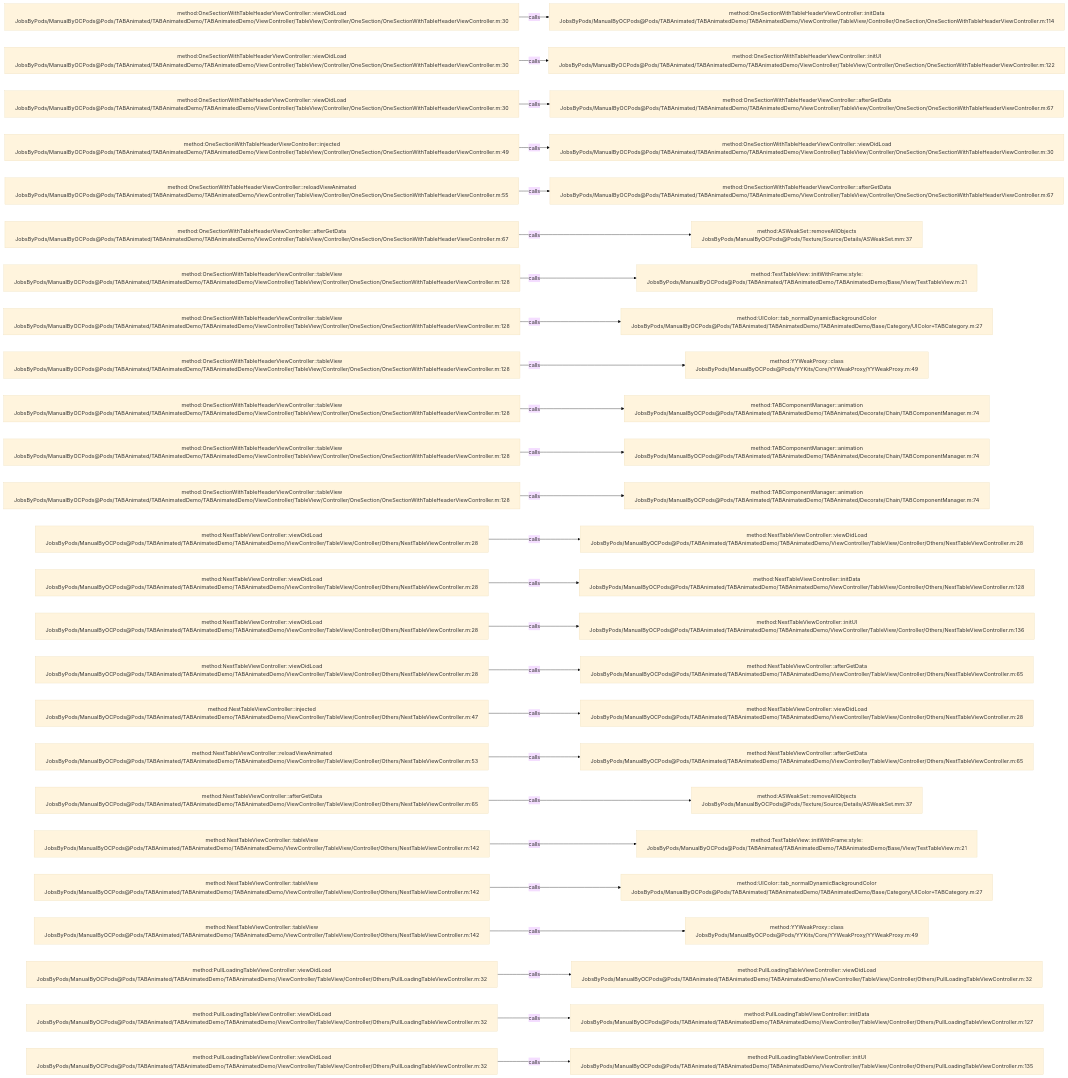
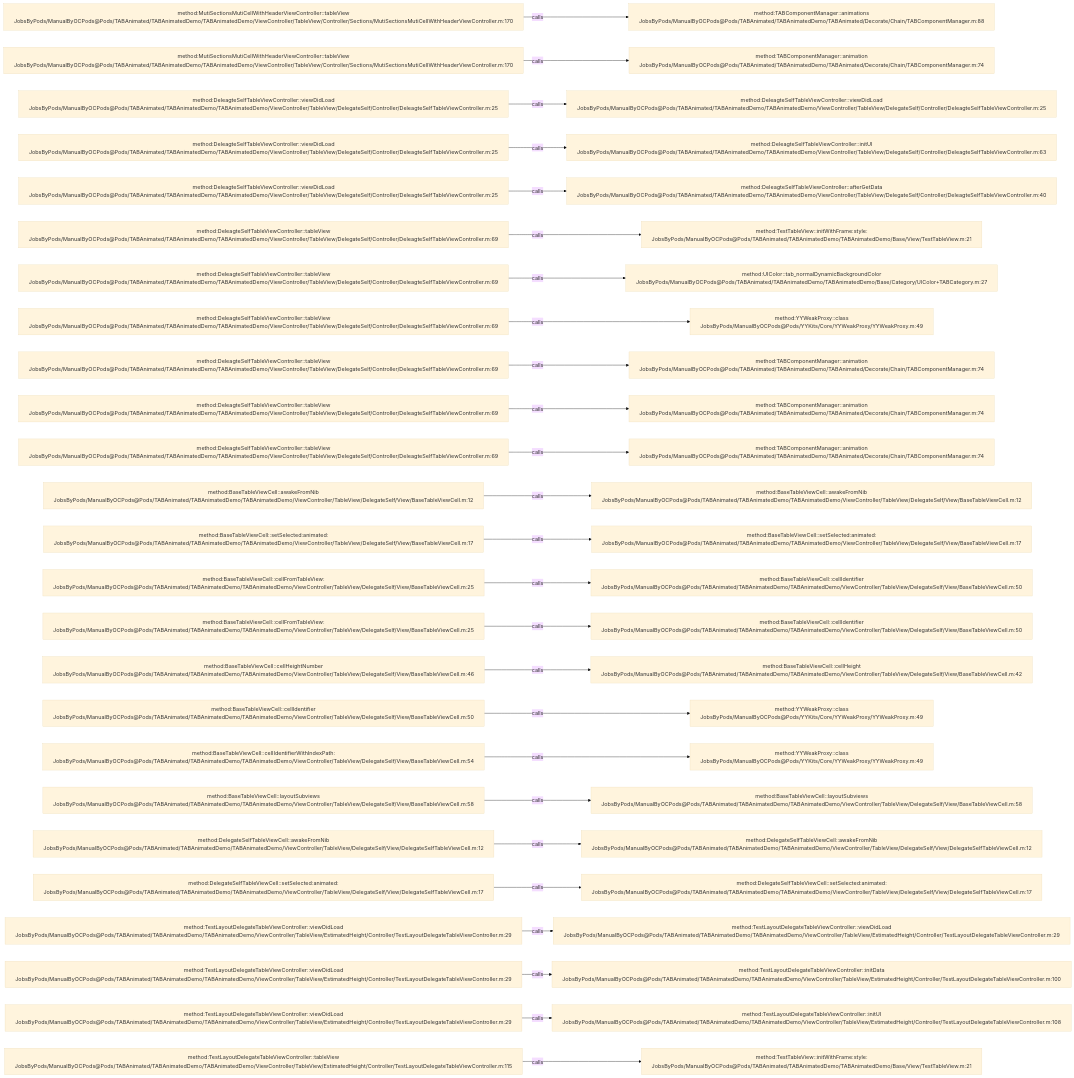
Before and after one commit to JobsKits/JobsOCBaseConfigDemo: the diagram in .codegraph/codegraph.md/graphs/calls-065.md, drawn with Mermaid (base theme). The commit also changed 1223 other files, not shown here.

````diff
--- a/.codegraph/codegraph.md/graphs/calls-065.md
+++ b/.codegraph/codegraph.md/graphs/calls-065.md
@@ -13,78 +13,78 @@
 ```mermaid
 flowchart LR
-  S1["method:OneSectionWithTableHeaderViewController::viewDidLoad<br/>JobsByPods/ManualByOCPods@Pods/TABAnimated/TABAnimatedDemo/TABAnimatedDemo/ViewController/TableView/Controller/OneSection/OneSectionWithTableHeaderViewController.m:30"]
-  T1["method:OneSectionWithTableHeaderViewController::initData<br/>JobsByPods/ManualByOCPods@Pods/TABAnimated/TABAnimatedDemo/TABAnimatedDemo/ViewController/TableView/Controller/OneSection/OneSectionWithTableHeaderViewController.m:114"]
+  S1["method:MutiSectionsMutiCellWithHeaderViewController::tableView<br/>JobsByPods/ManualByOCPods@Pods/TABAnimated/TABAnimatedDemo/TABAnimatedDemo/ViewController/TableView/Controller/Sections/MutiSectionsMutiCellWithHeaderViewController.m:170"]
+  T1["method:TABComponentManager::animations<br/>JobsByPods/ManualByOCPods@Pods/TABAnimated/TABAnimatedDemo/TABAnimated/Decorate/Chain/TABComponentManager.m:88"]
   S1 -->|calls| T1
-  S2["method:OneSectionWithTableHeaderViewController::viewDidLoad<br/>JobsByPods/ManualByOCPods@Pods/TABAnimated/TABAnimatedDemo/TABAnimatedDemo/ViewController/TableView/Controller/OneSection/OneSectionWithTableHeaderViewController.m:30"]
-  T2["method:OneSectionWithTableHeaderViewController::initUI<br/>JobsByPods/ManualByOCPods@Pods/TABAnimated/TABAnimatedDemo/TABAnimatedDemo/ViewController/TableView/Controller/OneSection/OneSectionWithTableHeaderViewController.m:122"]
+  S2["method:MutiSectionsMutiCellWithHeaderViewController::tableView<br/>JobsByPods/ManualByOCPods@Pods/TABAnimated/TABAnimatedDemo/TABAnimatedDemo/ViewController/TableView/Controller/Sections/MutiSectionsMutiCellWithHeaderViewController.m:170"]
+  T2["method:TABComponentManager::animation<br/>JobsByPods/ManualByOCPods@Pods/TABAnimated/TABAnimatedDemo/TABAnimated/Decorate/Chain/TABComponentManager.m:74"]
   S2 -->|calls| T2
-  S3["method:OneSectionWithTableHeaderViewController::viewDidLoad<br/>JobsByPods/ManualByOCPods@Pods/TABAnimated/TABAnimatedDemo/TABAnimatedDemo/ViewController/TableView/Controller/OneSection/OneSectionWithTableHeaderViewController.m:30"]
-  T3["method:OneSectionWithTableHeaderViewController::afterGetData<br/>JobsByPods/ManualByOCPods@Pods/TABAnimated/TABAnimatedDemo/TABAnimatedDemo/ViewController/TableView/Controller/OneSection/OneSectionWithTableHeaderViewController.m:67"]
+  S3["method:DeleagteSelfTableViewController::viewDidLoad<br/>JobsByPods/ManualByOCPods@Pods/TABAnimated/TABAnimatedDemo/TABAnimatedDemo/ViewController/TableView/DelegateSelf/Controller/DeleagteSelfTableViewController.m:25"]
+  T3["method:DeleagteSelfTableViewController::viewDidLoad<br/>JobsByPods/ManualByOCPods@Pods/TABAnimated/TABAnimatedDemo/TABAnimatedDemo/ViewController/TableView/DelegateSelf/Controller/DeleagteSelfTableViewController.m:25"]
   S3 -->|calls| T3
-  S4["method:OneSectionWithTableHeaderViewController::injected<br/>JobsByPods/ManualByOCPods@Pods/TABAnimated/TABAnimatedDemo/TABAnimatedDemo/ViewController/TableView/Controller/OneSection/OneSectionWithTableHeaderViewController.m:49"]
-  T4["method:OneSectionWithTableHeaderViewController::viewDidLoad<br/>JobsByPods/ManualByOCPods@Pods/TABAnimated/TABAnimatedDemo/TABAnimatedDemo/ViewController/TableView/Controller/OneSection/OneSectionWithTableHeaderViewController.m:30"]
+  S4["method:DeleagteSelfTableViewController::viewDidLoad<br/>JobsByPods/ManualByOCPods@Pods/TABAnimated/TABAnimatedDemo/TABAnimatedDemo/ViewController/TableView/DelegateSelf/Controller/DeleagteSelfTableViewController.m:25"]
+  T4["method:DeleagteSelfTableViewController::initUI<br/>JobsByPods/ManualByOCPods@Pods/TABAnimated/TABAnimatedDemo/TABAnimatedDemo/ViewController/TableView/DelegateSelf/Controller/DeleagteSelfTableViewController.m:63"]
   S4 -->|calls| T4
-  S5["method:OneSectionWithTableHeaderViewController::reloadViewAnimated<br/>JobsByPods/ManualByOCPods@Pods/TABAnimated/TABAnimatedDemo/TABAnimatedDemo/ViewController/TableView/Controller/OneSection/OneSectionWithTableHeaderViewController.m:55"]
-  T5["method:OneSectionWithTableHeaderViewController::afterGetData<br/>JobsByPods/ManualByOCPods@Pods/TABAnimated/TABAnimatedDemo/TABAnimatedDemo/ViewController/TableView/Controller/OneSection/OneSectionWithTableHeaderViewController.m:67"]
+  S5["method:DeleagteSelfTableViewController::viewDidLoad<br/>JobsByPods/ManualByOCPods@Pods/TABAnimated/TABAnimatedDemo/TABAnimatedDemo/ViewController/TableView/DelegateSelf/Controller/DeleagteSelfTableViewController.m:25"]
+  T5["method:DeleagteSelfTableViewController::afterGetData<br/>JobsByPods/ManualByOCPods@Pods/TABAnimated/TABAnimatedDemo/TABAnimatedDemo/ViewController/TableView/DelegateSelf/Controller/DeleagteSelfTableViewController.m:40"]
   S5 -->|calls| T5
-  S6["method:OneSectionWithTableHeaderViewController::afterGetData<br/>JobsByPods/ManualByOCPods@Pods/TABAnimated/TABAnimatedDemo/TABAnimatedDemo/ViewController/TableView/Controller/OneSection/OneSectionWithTableHeaderViewController.m:67"]
-  T6["method:ASWeakSet::removeAllObjects<br/>JobsByPods/ManualByOCPods@Pods/Texture/Source/Details/ASWeakSet.mm:37"]
+  S6["method:DeleagteSelfTableViewController::tableView<br/>JobsByPods/ManualByOCPods@Pods/TABAnimated/TABAnimatedDemo/TABAnimatedDemo/ViewController/TableView/DelegateSelf/Controller/DeleagteSelfTableViewController.m:69"]
+  T6["method:TestTableView::initWithFrame:style:<br/>JobsByPods/ManualByOCPods@Pods/TABAnimated/TABAnimatedDemo/TABAnimatedDemo/Base/View/TestTableView.m:21"]
   S6 -->|calls| T6
-  S7["method:OneSectionWithTableHeaderViewController::tableView<br/>JobsByPods/ManualByOCPods@Pods/TABAnimated/TABAnimatedDemo/TABAnimatedDemo/ViewController/TableView/Controller/OneSection/OneSectionWithTableHeaderViewController.m:128"]
-  T7["method:TestTableView::initWithFrame:style:<br/>JobsByPods/ManualByOCPods@Pods/TABAnimated/TABAnimatedDemo/TABAnimatedDemo/Base/View/TestTableView.m:21"]
+  S7["method:DeleagteSelfTableViewController::tableView<br/>JobsByPods/ManualByOCPods@Pods/TABAnimated/TABAnimatedDemo/TABAnimatedDemo/ViewController/TableView/DelegateSelf/Controller/DeleagteSelfTableViewController.m:69"]
+  T7["method:UIColor::tab_normalDynamicBackgroundColor<br/>JobsByPods/ManualByOCPods@Pods/TABAnimated/TABAnimatedDemo/TABAnimatedDemo/Base/Category/UIColor+TABCategory.m:27"]
   S7 -->|calls| T7
-  S8["method:OneSectionWithTableHeaderViewController::tableView<br/>JobsByPods/ManualByOCPods@Pods/TABAnimated/TABAnimatedDemo/TABAnimatedDemo/ViewController/TableView/Controller/OneSection/OneSectionWithTableHeaderViewController.m:128"]
-  T8["method:UIColor::tab_normalDynamicBackgroundColor<br/>JobsByPods/ManualByOCPods@Pods/TABAnimated/TABAnimatedDemo/TABAnimatedDemo/Base/Category/UIColor+TABCategory.m:27"]
+  S8["method:DeleagteSelfTableViewController::tableView<br/>JobsByPods/ManualByOCPods@Pods/TABAnimated/TABAnimatedDemo/TABAnimatedDemo/ViewController/TableView/DelegateSelf/Controller/DeleagteSelfTableViewController.m:69"]
+  T8["method:YYWeakProxy::class<br/>JobsByPods/ManualByOCPods@Pods/YYKits/Core/YYWeakProxy/YYWeakProxy.m:49"]
   S8 -->|calls| T8
-  S9["method:OneSectionWithTableHeaderViewController::tableView<br/>JobsByPods/ManualByOCPods@Pods/TABAnimated/TABAnimatedDemo/TABAnimatedDemo/ViewController/TableView/Controller/OneSection/OneSectionWithTableHeaderViewController.m:128"]
-  T9["method:YYWeakProxy::class<br/>JobsByPods/ManualByOCPods@Pods/YYKits/Core/YYWeakProxy/YYWeakProxy.m:49"]
+  S9["method:DeleagteSelfTableViewController::tableView<br/>JobsByPods/ManualByOCPods@Pods/TABAnimated/TABAnimatedDemo/TABAnimatedDemo/ViewController/TableView/DelegateSelf/Controller/DeleagteSelfTableViewController.m:69"]
+  T9["method:TABComponentManager::animation<br/>JobsByPods/ManualByOCPods@Pods/TABAnimated/TABAnimatedDemo/TABAnimated/Decorate/Chain/TABComponentManager.m:74"]
   S9 -->|calls| T9
-  S10["method:OneSectionWithTableHeaderViewController::tableView<br/>JobsByPods/ManualByOCPods@Pods/TABAnimated/TABAnimatedDemo/TABAnimatedDemo/ViewController/TableView/Controller/OneSection/OneSectionWithTableHeaderViewController.m:128"]
+  S10["method:DeleagteSelfTableViewController::tableView<br/>JobsByPods/ManualByOCPods@Pods/TABAnimated/TABAnimatedDemo/TABAnimatedDemo/ViewController/TableView/DelegateSelf/Controller/DeleagteSelfTableViewController.m:69"]
   T10["method:TABComponentManager::animation<br/>JobsByPods/ManualByOCPods@Pods/TABAnimated/TABAnimatedDemo/TABAnimated/Decorate/Chain/TABComponentManager.m:74"]
   S10 -->|calls| T10
-  S11["method:OneSectionWithTableHeaderViewController::tableView<br/>JobsByPods/ManualByOCPods@Pods/TABAnimated/TABAnimatedDemo/TABAnimatedDemo/ViewController/TableView/Controller/OneSection/OneSectionWithTableHeaderViewController.m:128"]
+  S11["method:DeleagteSelfTableViewController::tableView<br/>JobsByPods/ManualByOCPods@Pods/TABAnimated/TABAnimatedDemo/TABAnimatedDemo/ViewController/TableView/DelegateSelf/Controller/DeleagteSelfTableViewController.m:69"]
   T11["method:TABComponentManager::animation<br/>JobsByPods/ManualByOCPods@Pods/TABAnimated/TABAnimatedDemo/TABAnimated/Decorate/Chain/TABComponentManager.m:74"]
   S11 -->|calls| T11
-  S12["method:OneSectionWithTableHeaderViewController::tableView<br/>JobsByPods/ManualByOCPods@Pods/TABAnimated/TABAnimatedDemo/TABAnimatedDemo/ViewController/TableView/Controller/OneSection/OneSectionWithTableHeaderViewController.m:128"]
-  T12["method:TABComponentManager::animation<br/>JobsByPods/ManualByOCPods@Pods/TABAnimated/TABAnimatedDemo/TABAnimated/Decorate/Chain/TABComponentManager.m:74"]
+  S12["method:BaseTableViewCell::awakeFromNib<br/>JobsByPods/ManualByOCPods@Pods/TABAnimated/TABAnimatedDemo/TABAnimatedDemo/ViewController/TableView/DelegateSelf/View/BaseTableViewCell.m:12"]
+  T12["method:BaseTableViewCell::awakeFromNib<br/>JobsByPods/ManualByOCPods@Pods/TABAnimated/TABAnimatedDemo/TABAnimatedDemo/ViewController/TableView/DelegateSelf/View/BaseTableViewCell.m:12"]
   S12 -->|calls| T12
-  S13["method:NestTableViewController::viewDidLoad<br/>JobsByPods/ManualByOCPods@Pods/TABAnimated/TABAnimatedDemo/TABAnimatedDemo/ViewController/TableView/Controller/Others/NestTableViewController.m:28"]
-  T13["method:NestTableViewController::viewDidLoad<br/>JobsByPods/ManualByOCPods@Pods/TABAnimated/TABAnimatedDemo/TABAnimatedDemo/ViewController/TableView/Controller/Others/NestTableViewController.m:28"]
+  S13["method:BaseTableViewCell::setSelected:animated:<br/>JobsByPods/ManualByOCPods@Pods/TABAnimated/TABAnimatedDemo/TABAnimatedDemo/ViewController/TableView/DelegateSelf/View/BaseTableViewCell.m:17"]
+  T13["method:BaseTableViewCell::setSelected:animated:<br/>JobsByPods/ManualByOCPods@Pods/TABAnimated/TABAnimatedDemo/TABAnimatedDemo/ViewController/TableView/DelegateSelf/View/BaseTableViewCell.m:17"]
   S13 -->|calls| T13
-  S14["method:NestTableViewController::viewDidLoad<br/>JobsByPods/ManualByOCPods@Pods/TABAnimated/TABAnimatedDemo/TABAnimatedDemo/ViewController/TableView/Controller/Others/NestTableViewController.m:28"]
-  T14["method:NestTableViewController::initData<br/>JobsByPods/ManualByOCPods@Pods/TABAnimated/TABAnimatedDemo/TABAnimatedDemo/ViewController/TableView/Controller/Others/NestTableViewController.m:128"]
+  S14["method:BaseTableViewCell::cellFromTableView:<br/>JobsByPods/ManualByOCPods@Pods/TABAnimated/TABAnimatedDemo/TABAnimatedDemo/ViewController/TableView/DelegateSelf/View/BaseTableViewCell.m:25"]
+  T14["method:BaseTableViewCell::cellIdentifier<br/>JobsByPods/ManualByOCPods@Pods/TABAnimated/TABAnimatedDemo/TABAnimatedDemo/ViewController/TableView/DelegateSelf/View/BaseTableViewCell.m:50"]
   S14 -->|calls| T14
-  S15["method:NestTableViewController::viewDidLoad<br/>JobsByPods/ManualByOCPods@Pods/TABAnimated/TABAnimatedDemo/TABAnimatedDemo/ViewController/TableView/Controller/Others/NestTableViewController.m:28"]
-  T15["method:NestTableViewController::initUI<br/>JobsByPods/ManualByOCPods@Pods/TABAnimated/TABAnimatedDemo/TABAnimatedDemo/ViewController/TableView/Controller/Others/NestTableViewController.m:136"]
+  S15["method:BaseTableViewCell::cellFromTableView:<br/>JobsByPods/ManualByOCPods@Pods/TABAnimated/TABAnimatedDemo/TABAnimatedDemo/ViewController/TableView/DelegateSelf/View/BaseTableViewCell.m:25"]
+  T15["method:BaseTableViewCell::cellIdentifier<br/>JobsByPods/ManualByOCPods@Pods/TABAnimated/TABAnimatedDemo/TABAnimatedDemo/ViewController/TableView/DelegateSelf/View/BaseTableViewCell.m:50"]
   S15 -->|calls| T15
-  S16["method:NestTableViewController::viewDidLoad<br/>JobsByPods/ManualByOCPods@Pods/TABAnimated/TABAnimatedDemo/TABAnimatedDemo/ViewController/TableView/Controller/Others/NestTableViewController.m:28"]
-  T16["method:NestTableViewController::afterGetData<br/>JobsByPods/ManualByOCPods@Pods/TABAnimated/TABAnimatedDemo/TABAnimatedDemo/ViewController/TableView/Controller/Others/NestTableViewController.m:65"]
+  S16["method:BaseTableViewCell::cellHeightNumber<br/>JobsByPods/ManualByOCPods@Pods/TABAnimated/TABAnimatedDemo/TABAnimatedDemo/ViewController/TableView/DelegateSelf/View/BaseTableViewCell.m:46"]
+  T16["method:BaseTableViewCell::cellHeight<br/>JobsByPods/ManualByOCPods@Pods/TABAnimated/TABAnimatedDemo/TABAnimatedDemo/ViewController/TableView/DelegateSelf/View/BaseTableViewCell.m:42"]
   S16 -->|calls| T16
-  S17["method:NestTableViewController::injected<br/>JobsByPods/ManualByOCPods@Pods/TABAnimated/TABAnimatedDemo/TABAnimatedDemo/ViewController/TableView/Controller/Others/NestTableViewController.m:47"]
-  T17["method:NestTableViewController::viewDidLoad<br/>JobsByPods/ManualByOCPods@Pods/TABAnimated/TABAnimatedDemo/TABAnimatedDemo/ViewController/TableView/Controller/Others/NestTableViewController.m:28"]
+  S17["method:BaseTableViewCell::cellIdentifier<br/>JobsByPods/ManualByOCPods@Pods/TABAnimated/TABAnimatedDemo/TABAnimatedDemo/ViewController/TableView/DelegateSelf/View/BaseTableViewCell.m:50"]
+  T17["method:YYWeakProxy::class<br/>JobsByPods/ManualByOCPods@Pods/YYKits/Core/YYWeakProxy/YYWeakProxy.m:49"]
   S17 -->|calls| T17
-  S18["method:NestTableViewController::reloadViewAnimated<br/>JobsByPods/ManualByOCPods@Pods/TABAnimated/TABAnimatedDemo/TABAnimatedDemo/ViewController/TableView/Controller/Others/NestTableViewController.m:53"]
-  T18["method:NestTableViewController::afterGetData<br/>JobsByPods/ManualByOCPods@Pods/TABAnimated/TABAnimatedDemo/TABAnimatedDemo/ViewController/TableView/Controller/Others/NestTableViewController.m:65"]
+  S18["method:BaseTableViewCell::cellIdentifierWithIndexPath:<br/>JobsByPods/ManualByOCPods@Pods/TABAnimated/TABAnimatedDemo/TABAnimatedDemo/ViewController/TableView/DelegateSelf/View/BaseTableViewCell.m:54"]
+  T18["method:YYWeakProxy::class<br/>JobsByPods/ManualByOCPods@Pods/YYKits/Core/YYWeakProxy/YYWeakProxy.m:49"]
   S18 -->|calls| T18
-  S19["method:NestTableViewController::afterGetData<br/>JobsByPods/ManualByOCPods@Pods/TABAnimated/TABAnimatedDemo/TABAnimatedDemo/ViewController/TableView/Controller/Others/NestTableViewController.m:65"]
-  T19["method:ASWeakSet::removeAllObjects<br/>JobsByPods/ManualByOCPods@Pods/Texture/Source/Details/ASWeakSet.mm:37"]
+  S19["method:BaseTableViewCell::layoutSubviews<br/>JobsByPods/ManualByOCPods@Pods/TABAnimated/TABAnimatedDemo/TABAnimatedDemo/ViewController/TableView/DelegateSelf/View/BaseTableViewCell.m:58"]
+  T19["method:BaseTableViewCell::layoutSubviews<br/>JobsByPods/ManualByOCPods@Pods/TABAnimated/TABAnimatedDemo/TABAnimatedDemo/ViewController/TableView/DelegateSelf/View/BaseTableViewCell.m:58"]
   S19 -->|calls| T19
-  S20["method:NestTableViewController::tableView<br/>JobsByPods/ManualByOCPods@Pods/TABAnimated/TABAnimatedDemo/TABAnimatedDemo/ViewController/TableView/Controller/Others/NestTableViewController.m:142"]
-  T20["method:TestTableView::initWithFrame:style:<br/>JobsByPods/ManualByOCPods@Pods/TABAnimated/TABAnimatedDemo/TABAnimatedDemo/Base/View/TestTableView.m:21"]
+  S20["method:DelegateSelfTableViewCell::awakeFromNib<br/>JobsByPods/ManualByOCPods@Pods/TABAnimated/TABAnimatedDemo/TABAnimatedDemo/ViewController/TableView/DelegateSelf/View/DelegateSelfTableViewCell.m:12"]
+  T20["method:DelegateSelfTableViewCell::awakeFromNib<br/>JobsByPods/ManualByOCPods@Pods/TABAnimated/TABAnimatedDemo/TABAnimatedDemo/ViewController/TableView/DelegateSelf/View/DelegateSelfTableViewCell.m:12"]
   S20 -->|calls| T20
-  S21["method:NestTableViewController::tableView<br/>JobsByPods/ManualByOCPods@Pods/TABAnimated/TABAnimatedDemo/TABAnimatedDemo/ViewController/TableView/Controller/Others/NestTableViewController.m:142"]
-  T21["method:UIColor::tab_normalDynamicBackgroundColor<br/>JobsByPods/ManualByOCPods@Pods/TABAnimated/TABAnimatedDemo/TABAnimatedDemo/Base/Category/UIColor+TABCategory.m:27"]
+  S21["method:DelegateSelfTableViewCell::setSelected:animated:<br/>JobsByPods/ManualByOCPods@Pods/TABAnimated/TABAnimatedDemo/TABAnimatedDemo/ViewController/TableView/DelegateSelf/View/DelegateSelfTableViewCell.m:17"]
+  T21["method:DelegateSelfTableViewCell::setSelected:animated:<br/>JobsByPods/ManualByOCPods@Pods/TABAnimated/TABAnimatedDemo/TABAnimatedDemo/ViewController/TableView/DelegateSelf/View/DelegateSelfTableViewCell.m:17"]
   S21 -->|calls| T21
-  S22["method:NestTableViewController::tableView<br/>JobsByPods/ManualByOCPods@Pods/TABAnimated/TABAnimatedDemo/TABAnimatedDemo/ViewController/TableView/Controller/Others/NestTableViewController.m:142"]
-  T22["method:YYWeakProxy::class<br/>JobsByPods/ManualByOCPods@Pods/YYKits/Core/YYWeakProxy/YYWeakProxy.m:49"]
+  S22["method:TestLayoutDelegateTableViewController::viewDidLoad<br/>JobsByPods/ManualByOCPods@Pods/TABAnimated/TABAnimatedDemo/TABAnimatedDemo/ViewController/TableView/EstimatedHeight/Controller/TestLayoutDelegateTableViewController.m:29"]
+  T22["method:TestLayoutDelegateTableViewController::viewDidLoad<br/>JobsByPods/ManualByOCPods@Pods/TABAnimated/TABAnimatedDemo/TABAnimatedDemo/ViewController/TableView/EstimatedHeight/Controller/TestLayoutDelegateTableViewController.m:29"]
   S22 -->|calls| T22
-  S23["method:PullLoadingTableViewController::viewDidLoad<br/>JobsByPods/ManualByOCPods@Pods/TABAnimated/TABAnimatedDemo/TABAnimatedDemo/ViewController/TableView/Controller/Others/PullLoadingTableViewController.m:32"]
-  T23["method:PullLoadingTableViewController::viewDidLoad<br/>JobsByPods/ManualByOCPods@Pods/TABAnimated/TABAnimatedDemo/TABAnimatedDemo/ViewController/TableView/Controller/Others/PullLoadingTableViewController.m:32"]
+  S23["method:TestLayoutDelegateTableViewController::viewDidLoad<br/>JobsByPods/ManualByOCPods@Pods/TABAnimated/TABAnimatedDemo/TABAnimatedDemo/ViewController/TableView/EstimatedHeight/Controller/TestLayoutDelegateTableViewController.m:29"]
+  T23["method:TestLayoutDelegateTableViewController::initData<br/>JobsByPods/ManualByOCPods@Pods/TABAnimated/TABAnimatedDemo/TABAnimatedDemo/ViewController/TableView/EstimatedHeight/Controller/TestLayoutDelegateTableViewController.m:100"]
   S23 -->|calls| T23
-  S24["method:PullLoadingTableViewController::viewDidLoad<br/>JobsByPods/ManualByOCPods@Pods/TABAnimated/TABAnimatedDemo/TABAnimatedDemo/ViewController/TableView/Controller/Others/PullLoadingTableViewController.m:32"]
-  T24["method:PullLoadingTableViewController::initData<br/>JobsByPods/ManualByOCPods@Pods/TABAnimated/TABAnimatedDemo/TABAnimatedDemo/ViewController/TableView/Controller/Others/PullLoadingTableViewController.m:127"]
+  S24["method:TestLayoutDelegateTableViewController::viewDidLoad<br/>JobsByPods/ManualByOCPods@Pods/TABAnimated/TABAnimatedDemo/TABAnimatedDemo/ViewController/TableView/EstimatedHeight/Controller/TestLayoutDelegateTableViewController.m:29"]
+  T24["method:TestLayoutDelegateTableViewController::initUI<br/>JobsByPods/ManualByOCPods@Pods/TABAnimated/TABAnimatedDemo/TABAnimatedDemo/ViewController/TableView/EstimatedHeight/Controller/TestLayoutDelegateTableViewController.m:108"]
   S24 -->|calls| T24
-  S25["method:PullLoadingTableViewController::viewDidLoad<br/>JobsByPods/ManualByOCPods@Pods/TABAnimated/TABAnimatedDemo/TABAnimatedDemo/ViewController/TableView/Controller/Others/PullLoadingTableViewController.m:32"]
-  T25["method:PullLoadingTableViewController::initUI<br/>JobsByPods/ManualByOCPods@Pods/TABAnimated/TABAnimatedDemo/TABAnimatedDemo/ViewController/TableView/Controller/Others/PullLoadingTableViewController.m:135"]
+  S25["method:TestLayoutDelegateTableViewController::tableView<br/>JobsByPods/ManualByOCPods@Pods/TABAnimated/TABAnimatedDemo/TABAnimatedDemo/ViewController/TableView/EstimatedHeight/Controller/TestLayoutDelegateTableViewController.m:115"]
+  T25["method:TestTableView::initWithFrame:style:<br/>JobsByPods/ManualByOCPods@Pods/TABAnimated/TABAnimatedDemo/TABAnimatedDemo/Base/View/TestTableView.m:21"]
   S25 -->|calls| T25
 ```
````
